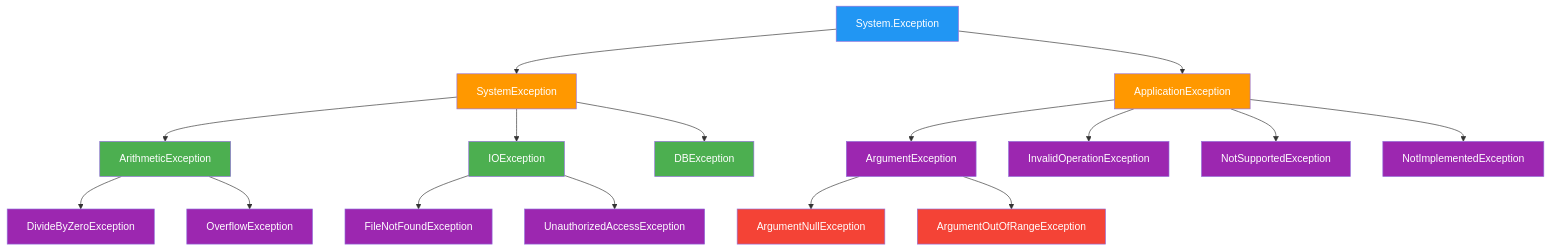
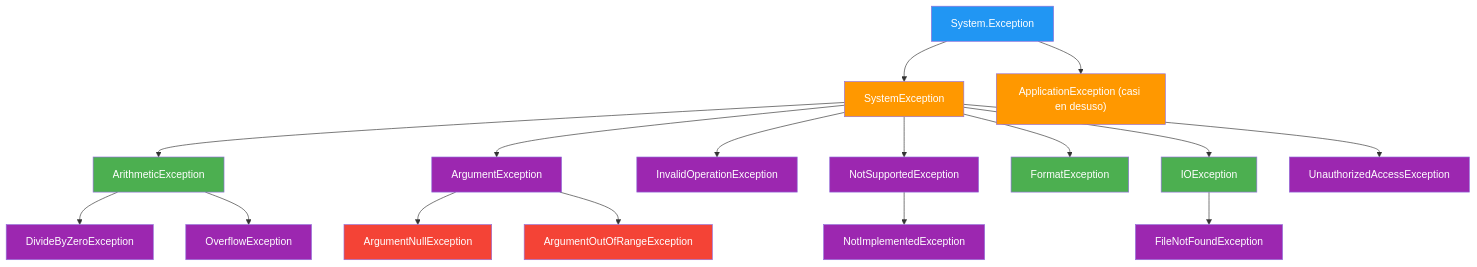
Before and after one commit to joseluisgs/Programacion-02-2026-2027: the eighth of 8 diagrams in 04-control-excepciones.md, drawn with Mermaid. The commit also changed other lines of this file and 5 other files, not shown here.

````diff
--- a/04-control-excepciones.md
+++ b/04-control-excepciones.md
@@ -689,40 +689,40 @@
 ```mermaid
 graph TD
     EX[System.Exception] --> SE[SystemException]
-    EX --> AE[ApplicationException]
+    EX --> AE["ApplicationException (casi en desuso)"]
     
     SE --> AR[ArithmeticException]
+    SE --> AEX[ArgumentException]
+    SE --> IEX[InvalidOperationException]
+    SE --> NSE[NotSupportedException]
+    SE --> FMT[FormatException]
     SE --> IO[IOException]
-    SE --> DB[DBException]
+    SE --> UAA[UnauthorizedAccessException]
     
     AR --> DZ[DivideByZeroException]
     AR --> OF[OverflowException]
     
-    AE --> AEX[ArgumentException]
-    AE --> IEX[InvalidOperationException]
-    AE --> NSE[NotSupportedException]
-    AE --> NIE[NotImplementedException]
+    NSE --> NIE[NotImplementedException]
     
     AEX --> ANE[ArgumentNullException]
     AEX --> AORE[ArgumentOutOfRangeException]
     
     IO --> FNF[FileNotFoundException]
-    IO --> UE[UnauthorizedAccessException]
     
     style EX fill:#2196F3,color:#fff
     style SE fill:#FF9800,color:#fff
     style AE fill:#FF9800,color:#fff
     style AR fill:#4CAF50,color:#fff
     style IO fill:#4CAF50,color:#fff
-    style DB fill:#4CAF50,color:#fff
+    style FMT fill:#4CAF50,color:#fff
     style DZ fill:#9C27B0,color:#fff
     style OF fill:#9C27B0,color:#fff
     style AEX fill:#9C27B0,color:#fff
     style IEX fill:#9C27B0,color:#fff
     style NSE fill:#9C27B0,color:#fff
     style NIE fill:#9C27B0,color:#fff
     style ANE fill:#f44336,color:#fff
     style AORE fill:#f44336,color:#fff
     style FNF fill:#9C27B0,color:#fff
-    style UE fill:#9C27B0,color:#fff
+    style UAA fill:#9C27B0,color:#fff
 ```
````
